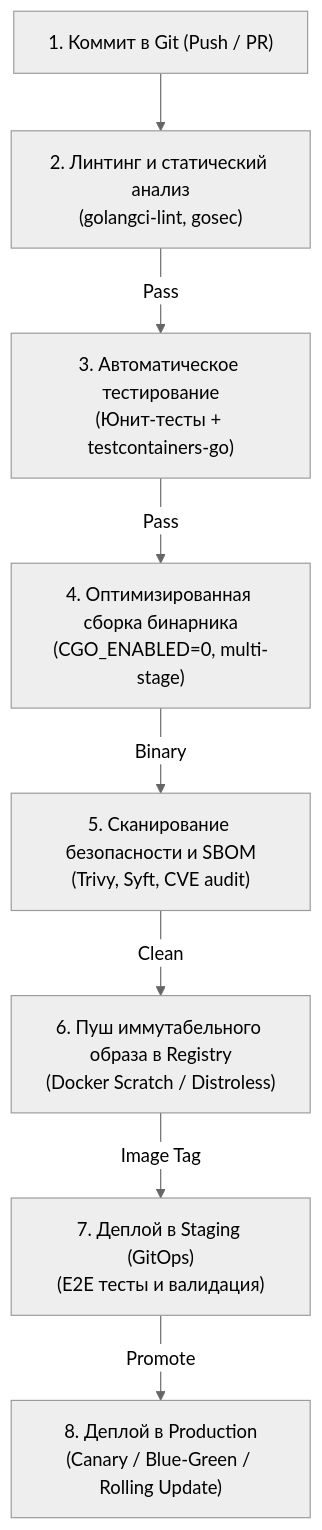
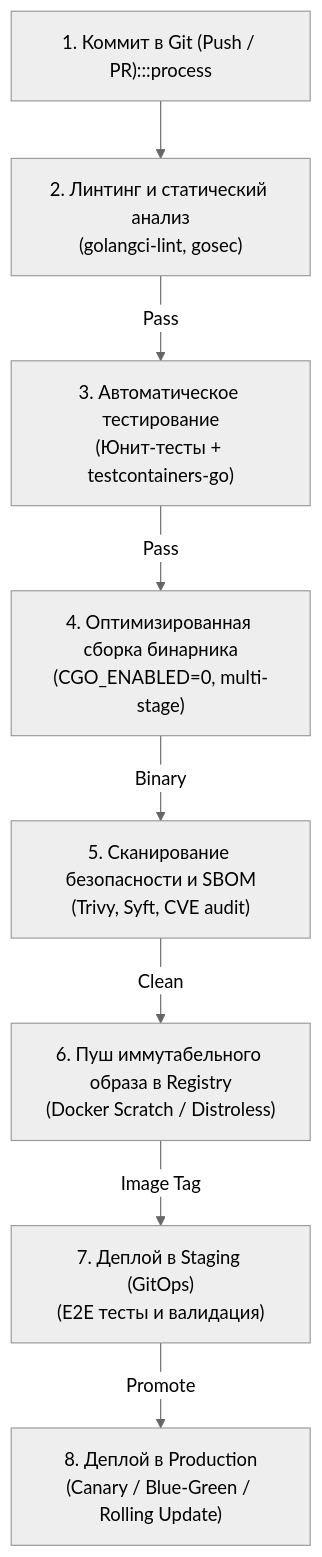
The diagram in sources/14. Распределенные системы на Go/08. Практика/4. CI_CD для микросервисов.md (UnrealTemplier/go-textbook), drawn with Mermaid (neutral theme) before and after one commit. The commit also changed 1666 other files, not shown here.

First line of the commit message:
feat(mermaid): add semantic color classDef to 1369 colorless flowchart/graph diagrams

````diff
--- a/sources/14. Распределенные системы на Go/08. Практика/4. CI_CD для микросервисов.md
+++ b/sources/14. Распределенные системы на Go/08. Практика/4. CI_CD для микросервисов.md
@@ -18,10 +18,20 @@
 ```mermaid
 flowchart TD
-    Git["1. Коммит в Git (Push / PR)"] --> Lint["2. Линтинг и статический анализ\n(golangci-lint, gosec)"]
+    classDef process  fill:#1e293b,stroke:#38bdf8,stroke-width:1px,color:#f8fafc
+    classDef success  fill:#064e3b,stroke:#34d399,stroke-width:1px,color:#f8fafc
+    classDef error    fill:#7f1d1d,stroke:#f87171,stroke-width:1px,color:#f8fafc
+    classDef warning  fill:#78350f,stroke:#fbbf24,stroke-width:1px,color:#f8fafc
+    classDef entry    fill:#1e3a5f,stroke:#38bdf8,stroke-width:2px,color:#f8fafc
+    classDef aux      fill:#334155,stroke:#64748b,stroke-width:1px,color:#f8fafc
+    classDef system   fill:#312e81,stroke:#a78bfa,stroke-width:1px,color:#f8fafc
+    classDef data     fill:#132d29,stroke:#2dd4bf,stroke-width:1px,color:#f8fafc
+    classDef network  fill:#881337,stroke:#fb7185,stroke-width:1px,color:#f8fafc
+    classDef accent   fill:#1e1b4b,stroke:#818cf8,stroke-width:1px,color:#f8fafc
+    Git["1. Коммит в Git (Push / PR):::process"] --> Lint["2. Линтинг и статический анализ\n(golangci-lint, gosec)"]
     Lint -->|"Pass"| Test["3. Автоматическое тестирование\n(Юнит-тесты + testcontainers-go)"]
     Test -->|"Pass"| Build["4. Оптимизированная сборка бинарника\n(CGO_ENABLED=0, multi-stage)"]
     Build -->|"Binary"| Sec["5. Сканирование безопасности и SBOM\n(Trivy, Syft, CVE audit)"]
     Sec -->|"Clean"| Push["6. Пуш иммутабельного образа в Registry\n(Docker Scratch / Distroless)"]
     Push -->|"Image Tag"| DeployStage["7. Деплой в Staging (GitOps)\n(E2E тесты и валидация)"]
     DeployStage -->|"Promote"| DeployProd["8. Деплой в Production\n(Canary / Blue-Green / Rolling Update)"]
 ```
````
